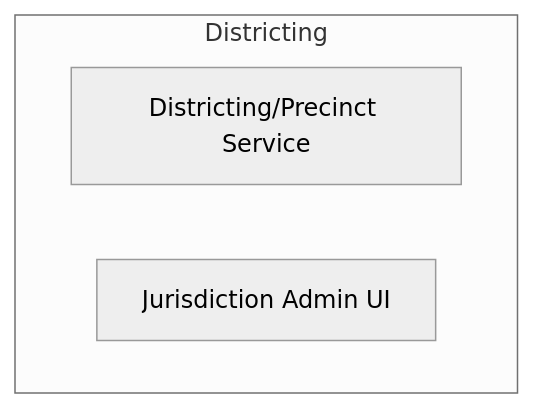
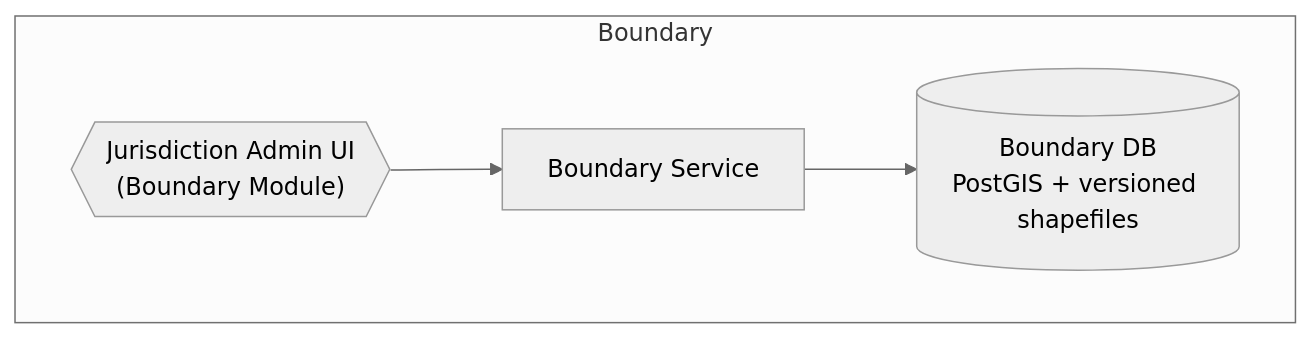
Before and after one commit to thatisscary/electioneer: the second of 9 diagrams in docs/Domains.md, drawn with Mermaid (neutral theme). The commit also changed other lines of this file and 13 other files, not shown here.

````diff
--- a/docs/Domains.md
+++ b/docs/Domains.md
@@ -40,11 +19,15 @@
 ```mermaid
 graph TB
- subgraph DD [Districting]
-        JDPS["Districting/Precinct Service"]
-        JAdminUI["Jurisdiction Admin UI"]
+  subgraph Boundary ["Boundary"]
+      BS["Boundary Service"]:::internal
+      BAdminUI{{"Jurisdiction Admin UI<br>(Boundary Module)"}}:::ui
+      BStore[(Boundary DB<br>PostGIS + versioned shapefiles)]:::storage
+      
+      BS --> BStore
+      BAdminUI --> BS
   end
 
-DD:::domain
-JDPS:::internal
-JAdminUI:::ui
+  Boundary:::domain
+  
+
 ```
````
